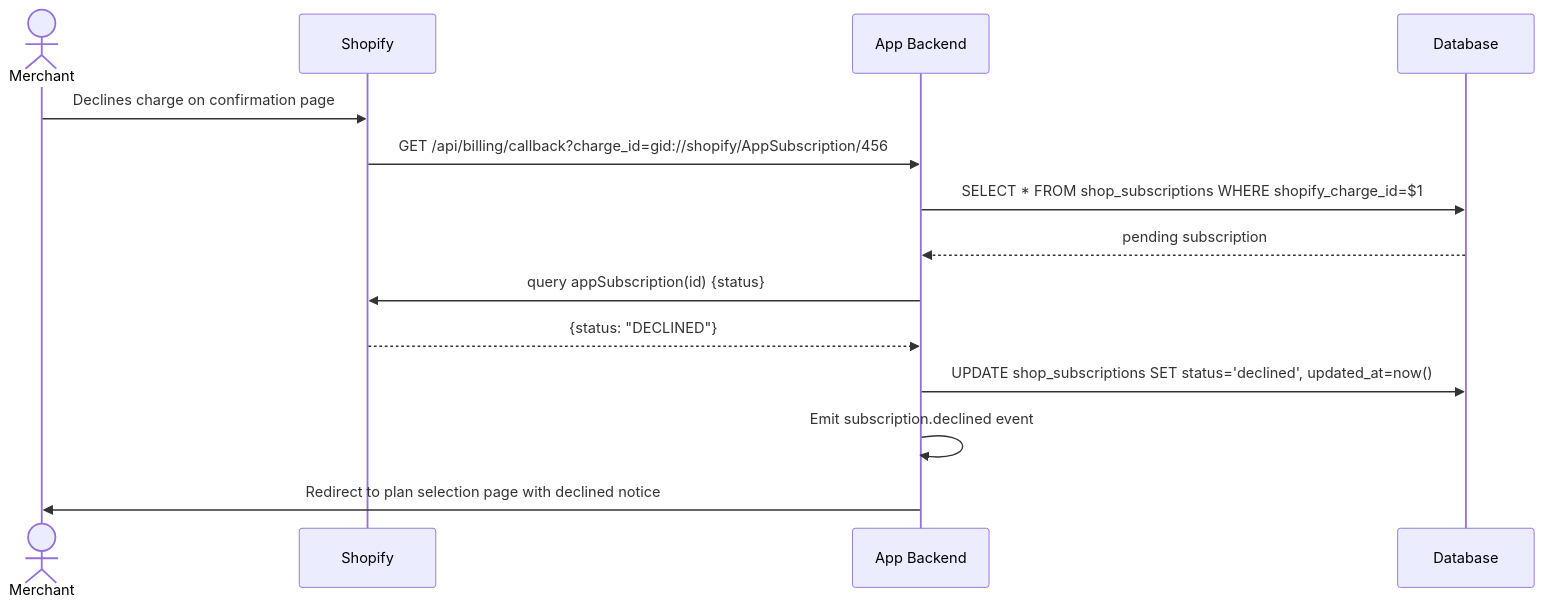
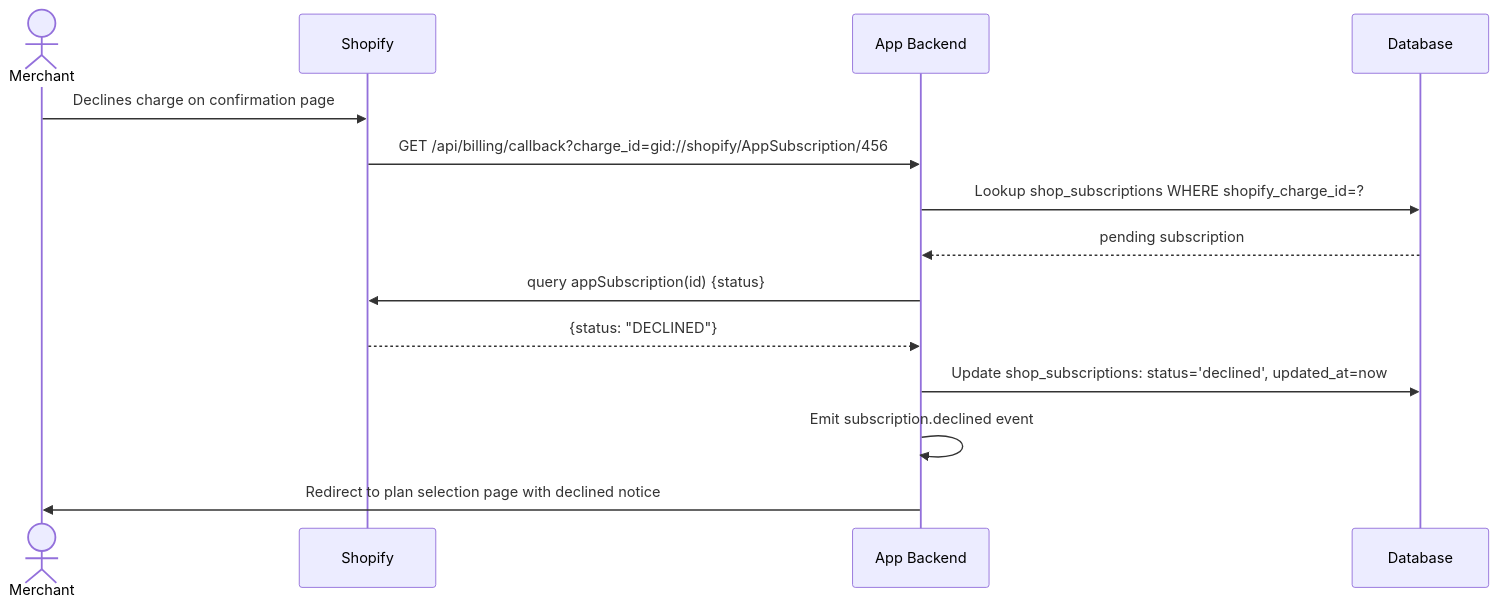
The fourth of 7 diagrams in billing/shopify-charges/README.md (nguyenvanduocit/primitive-blocks-specs), drawn with Mermaid before and after one commit. The commit also changed other lines of this file and 28 other files, not shown here.

````diff
--- a/billing/shopify-charges/README.md
+++ b/billing/shopify-charges/README.md
@@ -276,17 +314,17 @@
 ```mermaid
 sequenceDiagram
     actor M as Merchant
     participant S as Shopify
     participant A as App Backend
     participant DB as Database
 
     M->>S: Declines charge on confirmation page
     S->>A: GET /api/billing/callback?charge_id=gid://shopify/AppSubscription/456
-    A->>DB: SELECT * FROM shop_subscriptions WHERE shopify_charge_id=$1
+    A->>DB: Lookup shop_subscriptions WHERE shopify_charge_id=?
     DB-->>A: pending subscription
     A->>S: query appSubscription(id) {status}
     S-->>A: {status: "DECLINED"}
-    A->>DB: UPDATE shop_subscriptions SET status='declined', updated_at=now()
+    A->>DB: Update shop_subscriptions: status='declined', updated_at=now
     A->>A: Emit subscription.declined event
     A->>M: Redirect to plan selection page with declined notice
 ```
````
